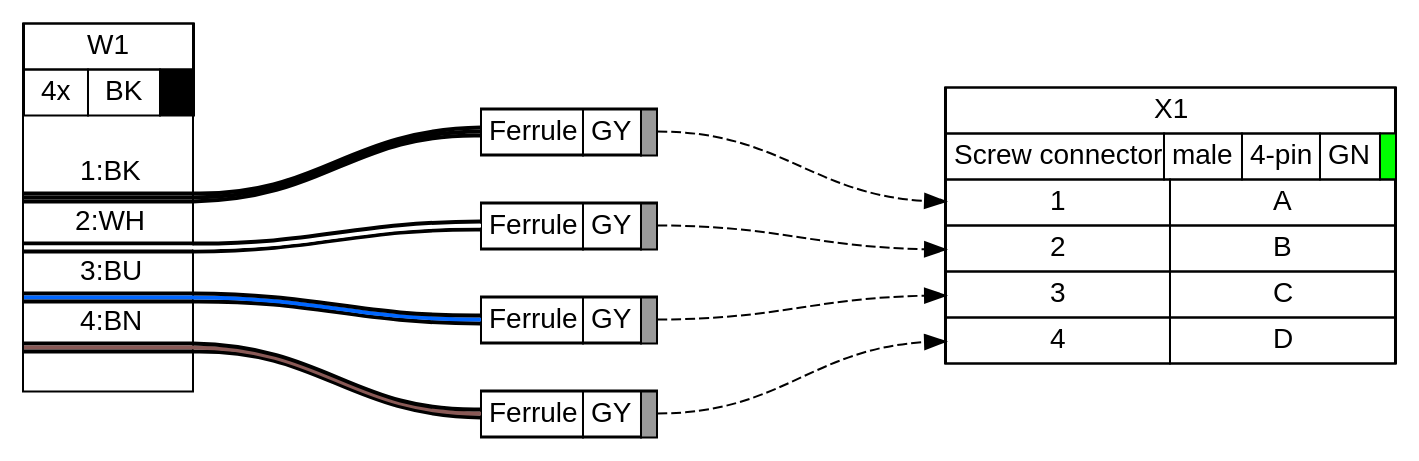
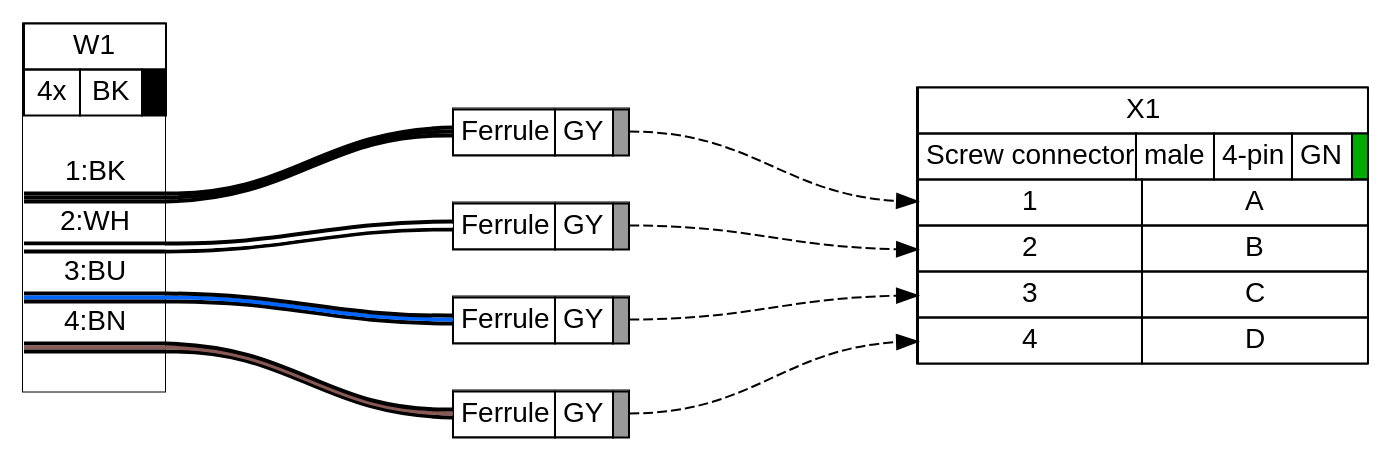
Before and after one commit to tobiasfalk/WireViz: the diagram in examples/ex11.gv, drawn with Graphviz. The commit also changed 121 other files, not shown here.

```diff
--- a/examples/ex11.gv
+++ b/examples/ex11.gv
@@ -1,191 +1,255 @@
 graph {
-// Graph generated by WireViz 0.4-dev
-// https://github.com/formatc1702/WireViz
+// Graph generated by WireViz 0.5-dev+refactor
+// https://github.com/wireviz/WireViz
 	graph [bgcolor="#FFFFFF" fontname=arial nodesep=0.33 rankdir=LR ranksep=2]
 	node [fillcolor="#FFFFFF" fontname=arial height=0 margin=0 shape=none style=filled width=0]
 	edge [fontname=arial style=bold]
 	AUTOGENERATED_F_1 [label=<
-<table border="0" cellspacing="0" cellpadding="0">
- <tr><td>
-  <table border="0" cellspacing="0" cellpadding="3" cellborder="1"><tr>
-   <td balign="left">Ferrule</td>
-   <td balign="left">GY</td>
-   <td balign="left" bgcolor="#999999" width="4"></td>
-  </tr></table>
- </td></tr>
+<table border="0" cellspacing="0" cellpadding="0" port="p1r" bgcolor="#FFFFFF">
+ <tr>
+  <td port="p1l">
+   <table border="0" cellborder="1" cellpadding="3" cellspacing="0">
+    <tr>
+     <td>Ferrule</td>
+     <td>GY</td>
+     <td bgcolor="#999999" sides="TBLR"></td>
+    </tr>
+   </table>
+  </td>
+ </tr>
 </table>
-> fillcolor="#FFFFFF" shape=box style=filled]
+> shape=box style=filled]
 	AUTOGENERATED_F_2 [label=<
-<table border="0" cellspacing="0" cellpadding="0">
- <tr><td>
-  <table border="0" cellspacing="0" cellpadding="3" cellborder="1"><tr>
-   <td balign="left">Ferrule</td>
-   <td balign="left">GY</td>
-   <td balign="left" bgcolor="#999999" width="4"></td>
-  </tr></table>
- </td></tr>
+<table border="0" cellspacing="0" cellpadding="0" port="p1r" bgcolor="#FFFFFF">
+ <tr>
+  <td port="p1l">
+   <table border="0" cellborder="1" cellpadding="3" cellspacing="0">
+    <tr>
+     <td>Ferrule</td>
+     <td>GY</td>
+     <td bgcolor="#999999" sides="TBLR"></td>
+    </tr>
+   </table>
+  </td>
+ </tr>
 </table>
-> fillcolor="#FFFFFF" shape=box style=filled]
+> shape=box style=filled]
 	AUTOGENERATED_F_3 [label=<
-<table border="0" cellspacing="0" cellpadding="0">
- <tr><td>
-  <table border="0" cellspacing="0" cellpadding="3" cellborder="1"><tr>
-   <td balign="left">Ferrule</td>
-   <td balign="left">GY</td>
-   <td balign="left" bgcolor="#999999" width="4"></td>
-  </tr></table>
- </td></tr>
+<table border="0" cellspacing="0" cellpadding="0" port="p1r" bgcolor="#FFFFFF">
+ <tr>
+  <td port="p1l">
+   <table border="0" cellborder="1" cellpadding="3" cellspacing="0">
+    <tr>
+     <td>Ferrule</td>
+     <td>GY</td>
+     <td bgcolor="#999999" sides="TBLR"></td>
+    </tr>
+   </table>
+  </td>
+ </tr>
 </table>
-> fillcolor="#FFFFFF" shape=box style=filled]
+> shape=box style=filled]
 	AUTOGENERATED_F_4 [label=<
-<table border="0" cellspacing="0" cellpadding="0">
- <tr><td>
-  <table border="0" cellspacing="0" cellpadding="3" cellborder="1"><tr>
-   <td balign="left">Ferrule</td>
-   <td balign="left">GY</td>
-   <td balign="left" bgcolor="#999999" width="4"></td>
-  </tr></table>
- </td></tr>
+<table border="0" cellspacing="0" cellpadding="0" port="p1r" bgcolor="#FFFFFF">
+ <tr>
+  <td port="p1l">
+   <table border="0" cellborder="1" cellpadding="3" cellspacing="0">
+    <tr>
+     <td>Ferrule</td>
+     <td>GY</td>
+     <td bgcolor="#999999" sides="TBLR"></td>
+    </tr>
+   </table>
+  </td>
+ </tr>
 </table>
-> fillcolor="#FFFFFF" shape=box style=filled]
+> shape=box style=filled]
 	X1 [label=<
-<table border="0" cellspacing="0" cellpadding="0">
- <tr><td>
-  <table border="0" cellspacing="0" cellpadding="3" cellborder="1"><tr>
-   <td balign="left">X1</td>
-  </tr></table>
- </td></tr>
- <tr><td>
-  <table border="0" cellspacing="0" cellpadding="3" cellborder="1"><tr>
-   <td balign="left">Screw connector</td>
-   <td balign="left">male</td>
-   <td balign="left">4-pin</td>
-   <td balign="left">GN</td>
-   <td balign="left" bgcolor="#00FF00" width="4"></td>
-  </tr></table>
- </td></tr>
- <tr><td>
-  <table border="0" cellspacing="0" cellpadding="3" cellborder="1">
-   <tr>
-    <td port="p1l">1</td>
-    <td>A</td>
-   </tr>
-   <tr>
-    <td port="p2l">2</td>
-    <td>B</td>
-   </tr>
-   <tr>
-    <td port="p3l">3</td>
-    <td>C</td>
-   </tr>
-   <tr>
-    <td port="p4l">4</td>
-    <td>D</td>
-   </tr>
-  </table>
- </td></tr>
+<table border="0" cellspacing="0" cellpadding="0" bgcolor="#FFFFFF">
+ <tr>
+  <td>
+   <table border="0" cellborder="1" cellpadding="3" cellspacing="0">
+    <tr>
+     <td>X1</td>
+    </tr>
+   </table>
+  </td>
+ </tr>
+ <tr>
+  <td>
+   <table border="0" cellborder="1" cellpadding="3" cellspacing="0">
+    <tr>
+     <td>Screw connector</td>
+     <td>male</td>
+     <td>4-pin</td>
+     <td>GN</td>
+     <td bgcolor="#00AA00" sides="TBLR"></td>
+    </tr>
+   </table>
+  </td>
+ </tr>
+ <tr>
+  <td>
+   <table border="0" cellborder="1" cellpadding="3" cellspacing="0">
+    <tr>
+     <td port="p1l">1</td>
+     <td>A</td>
+    </tr>
+    <tr>
+     <td port="p2l">2</td>
+     <td>B</td>
+    </tr>
+    <tr>
+     <td port="p3l">3</td>
+     <td>C</td>
+    </tr>
+    <tr>
+     <td port="p4l">4</td>
+     <td>D</td>
+    </tr>
+   </table>
+  </td>
+ </tr>
 </table>
-> fillcolor="#FFFFFF" shape=box style=filled]
+> shape=box style=filled]
+	W1 [label=<
+<table border="0" cellspacing="0" cellpadding="0" bgcolor="#FFFFFF">
+ <tr>
+  <td>
+   <table border="0" cellborder="1" cellpadding="3" cellspacing="0">
+    <tr>
+     <td>W1</td>
+    </tr>
+   </table>
+  </td>
+ </tr>
+ <tr>
+  <td>
+   <table border="0" cellborder="1" cellpadding="3" cellspacing="0">
+    <tr>
+     <td>4x</td>
+     <td>BK</td>
+     <td bgcolor="#000000" sides="TBLR"></td>
+    </tr>
+   </table>
+  </td>
+ </tr>
+ <tr>
+  <td>
+   <table border="0" cellborder="0" cellspacing="0">
+    <tr>
+     <td>&nbsp;</td>
+    </tr>
+    <tr>
+     <td align="left"> </td>
+     <td> </td>
+     <td>1:BK</td>
+     <td> </td>
+     <td align="right"> </td>
+    </tr>
+    <tr>
+     <td border="0" cellspacing="0" cellpadding="0" colspan="5" height="6" port="w1">
+      <table border="0" cellborder="0" cellspacing="0">
+       <tr>
+        <td bgcolor="#000000" border="0" cellpadding="0" colspan="5" height="2"></td>
+       </tr>
+       <tr>
+        <td bgcolor="#000000" border="0" cellpadding="0" colspan="5" height="2"></td>
+       </tr>
+       <tr>
+        <td bgcolor="#000000" border="0" cellpadding="0" colspan="5" height="2"></td>
+       </tr>
+      </table>
+     </td>
+    </tr>
+    <tr>
+     <td align="left"> </td>
+     <td> </td>
+     <td>2:WH</td>
+     <td> </td>
+     <td align="right"> </td>
+    </tr>
+    <tr>
+     <td border="0" cellspacing="0" cellpadding="0" colspan="5" height="6" port="w2">
+      <table border="0" cellborder="0" cellspacing="0">
+       <tr>
+        <td bgcolor="#000000" border="0" cellpadding="0" colspan="5" height="2"></td>
+       </tr>
+       <tr>
+        <td bgcolor="#FFFFFF" border="0" cellpadding="0" colspan="5" height="2"></td>
+       </tr>
+       <tr>
+        <td bgcolor="#000000" border="0" cellpadding="0" colspan="5" height="2"></td>
+       </tr>
+      </table>
+     </td>
+    </tr>
+    <tr>
+     <td align="left"> </td>
+     <td> </td>
+     <td>3:BU</td>
+     <td> </td>
+     <td align="right"> </td>
+    </tr>
+    <tr>
+     <td border="0" cellspacing="0" cellpadding="0" colspan="5" height="6" port="w3">
+      <table border="0" cellborder="0" cellspacing="0">
+       <tr>
+        <td bgcolor="#000000" border="0" cellpadding="0" colspan="5" height="2"></td>
+       </tr>
+       <tr>
+        <td bgcolor="#0066FF" border="0" cellpadding="0" colspan="5" height="2"></td>
+       </tr>
+       <tr>
+        <td bgcolor="#000000" border="0" cellpadding="0" colspan="5" height="2"></td>
+       </tr>
+      </table>
+     </td>
+    </tr>
+    <tr>
+     <td align="left"> </td>
+     <td> </td>
+     <td>4:BN</td>
+     <td> </td>
+     <td align="right"> </td>
+    </tr>
+    <tr>
+     <td border="0" cellspacing="0" cellpadding="0" colspan="5" height="6" port="w4">
+      <table border="0" cellborder="0" cellspacing="0">
+       <tr>
+        <td bgcolor="#000000" border="0" cellpadding="0" colspan="5" height="2"></td>
+       </tr>
+       <tr>
+        <td bgcolor="#895956" border="0" cellpadding="0" colspan="5" height="2"></td>
+       </tr>
+       <tr>
+        <td bgcolor="#000000" border="0" cellpadding="0" colspan="5" height="2"></td>
+       </tr>
+      </table>
+     </td>
+    </tr>
+    <tr>
+     <td>&nbsp;</td>
+    </tr>
+   </table>
+  </td>
+ </tr>
+</table>
+> shape=box style=filled]
 	edge [color="#000000:#000000:#000000"]
 	W1:w1:e -- AUTOGENERATED_F_1:w
-	edge [color="#000000:#ffffff:#000000"]
+	edge [color="#000000:#FFFFFF:#000000"]
 	W1:w2:e -- AUTOGENERATED_F_2:w
-	edge [color="#000000:#0066ff:#000000"]
+	edge [color="#000000:#0066FF:#000000"]
 	W1:w3:e -- AUTOGENERATED_F_3:w
 	edge [color="#000000:#895956:#000000"]
 	W1:w4:e -- AUTOGENERATED_F_4:w
-	W1 [label=<
-<table border="0" cellspacing="0" cellpadding="0">
- <tr><td>
-  <table border="0" cellspacing="0" cellpadding="3" cellborder="1"><tr>
-   <td balign="left">W1</td>
-  </tr></table>
- </td></tr>
- <tr><td>
-  <table border="0" cellspacing="0" cellpadding="3" cellborder="1"><tr>
-   <td balign="left">4x</td>
-   <td balign="left">BK</td>
-   <td balign="left" bgcolor="#000000" width="4"></td>
-  </tr></table>
- </td></tr>
- <tr><td>
-  <table border="0" cellspacing="0" cellborder="0">
-   <tr><td>&nbsp;</td></tr>
-   <tr>
-    <td><!-- 1_in --></td>
-    <td>
-     1:BK
-    </td>
-    <td></td>
-   </tr>
-   <tr>
-    <td colspan="3" border="0" cellspacing="0" cellpadding="0" port="w1" height="6">
-     <table cellspacing="0" cellborder="0" border="0">
-      <tr><td colspan="3" cellpadding="0" height="2" bgcolor="#000000" border="0"></td></tr>
-      <tr><td colspan="3" cellpadding="0" height="2" bgcolor="#000000" border="0"></td></tr>
-      <tr><td colspan="3" cellpadding="0" height="2" bgcolor="#000000" border="0"></td></tr>
-     </table>
-    </td>
-   </tr>
-   <tr>
-    <td><!-- 2_in --></td>
-    <td>
-     2:WH
-    </td>
-    <td></td>
-   </tr>
-   <tr>
-    <td colspan="3" border="0" cellspacing="0" cellpadding="0" port="w2" height="6">
-     <table cellspacing="0" cellborder="0" border="0">
-      <tr><td colspan="3" cellpadding="0" height="2" bgcolor="#000000" border="0"></td></tr>
-      <tr><td colspan="3" cellpadding="0" height="2" bgcolor="#ffffff" border="0"></td></tr>
-      <tr><td colspan="3" cellpadding="0" height="2" bgcolor="#000000" border="0"></td></tr>
-     </table>
-    </td>
-   </tr>
-   <tr>
-    <td><!-- 3_in --></td>
-    <td>
-     3:BU
-    </td>
-    <td></td>
-   </tr>
-   <tr>
-    <td colspan="3" border="0" cellspacing="0" cellpadding="0" port="w3" height="6">
-     <table cellspacing="0" cellborder="0" border="0">
-      <tr><td colspan="3" cellpadding="0" height="2" bgcolor="#000000" border="0"></td></tr>
-      <tr><td colspan="3" cellpadding="0" height="2" bgcolor="#0066ff" border="0"></td></tr>
-      <tr><td colspan="3" cellpadding="0" height="2" bgcolor="#000000" border="0"></td></tr>
-     </table>
-    </td>
-   </tr>
-   <tr>
-    <td><!-- 4_in --></td>
-    <td>
-     4:BN
-    </td>
-    <td></td>
-   </tr>
-   <tr>
-    <td colspan="3" border="0" cellspacing="0" cellpadding="0" port="w4" height="6">
-     <table cellspacing="0" cellborder="0" border="0">
-      <tr><td colspan="3" cellpadding="0" height="2" bgcolor="#000000" border="0"></td></tr>
-      <tr><td colspan="3" cellpadding="0" height="2" bgcolor="#895956" border="0"></td></tr>
-      <tr><td colspan="3" cellpadding="0" height="2" bgcolor="#000000" border="0"></td></tr>
-     </table>
-    </td>
-   </tr>
-   <tr><td>&nbsp;</td></tr>
-  </table>
- </td></tr>
-</table>
-> fillcolor="#FFFFFF" shape=box style=filled]
 	edge [color="#000000" dir=forward style=dashed]
-	AUTOGENERATED_F_1:e -- X1:p1l:w
+	AUTOGENERATED_F_1:p1r:e -- X1:p1l:w
 	edge [color="#000000" dir=forward style=dashed]
-	AUTOGENERATED_F_2:e -- X1:p2l:w
+	AUTOGENERATED_F_2:p1r:e -- X1:p2l:w
 	edge [color="#000000" dir=forward style=dashed]
-	AUTOGENERATED_F_3:e -- X1:p3l:w
+	AUTOGENERATED_F_3:p1r:e -- X1:p3l:w
 	edge [color="#000000" dir=forward style=dashed]
-	AUTOGENERATED_F_4:e -- X1:p4l:w
+	AUTOGENERATED_F_4:p1r:e -- X1:p4l:w
 }
```
